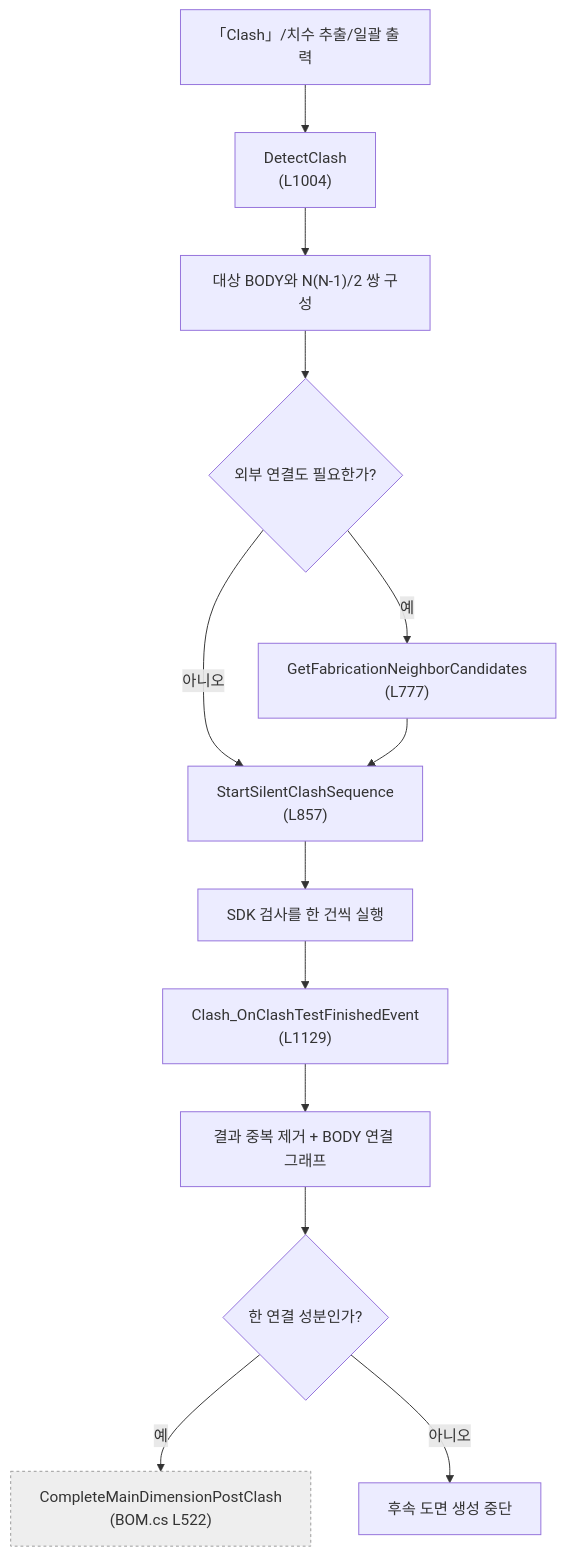
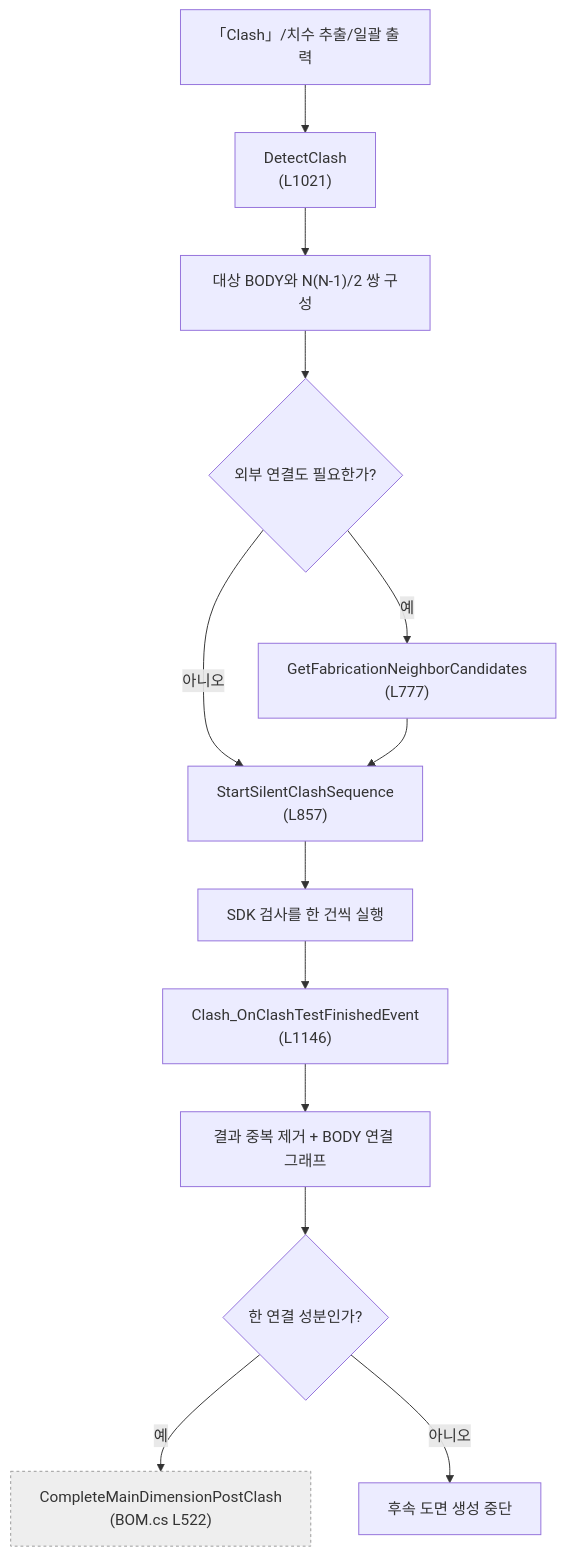
Before and after one commit to uuuuj/a2z: the second of 2 diagrams in docs/코드분석/파일별/Form1.Clash.md, drawn with Mermaid. The commit also changed other lines of this file and 13 other files, not shown here.

````diff
--- a/docs/코드분석/파일별/Form1.Clash.md
+++ b/docs/코드분석/파일별/Form1.Clash.md
@@ -54,16 +54,16 @@
 ```mermaid
 flowchart TD
-    A["「Clash」/치수 추출/일괄 출력"] --> B["DetectClash<br/>(L1004)"]
+    A["「Clash」/치수 추출/일괄 출력"] --> B["DetectClash<br/>(L1021)"]
     B --> C["대상 BODY와 N(N-1)/2 쌍 구성"]
     C --> D{"외부 연결도 필요한가?"}
     D -- 예 --> E["GetFabricationNeighborCandidates<br/>(L777)"]
     D -- 아니오 --> F["StartSilentClashSequence<br/>(L857)"]
     E --> F
     F --> G["SDK 검사를 한 건씩 실행"]
-    G --> H["Clash_OnClashTestFinishedEvent<br/>(L1129)"]
+    G --> H["Clash_OnClashTestFinishedEvent<br/>(L1146)"]
     H --> I["결과 중복 제거 + BODY 연결 그래프"]
     I --> J{"한 연결 성분인가?"}
     J -- 예 --> K["CompleteMainDimensionPostClash<br/>(BOM.cs L522)"]:::other
     J -- 아니오 --> L["후속 도면 생성 중단"]
     classDef other fill:#eee,stroke:#999,stroke-dasharray:3
 ```
````
